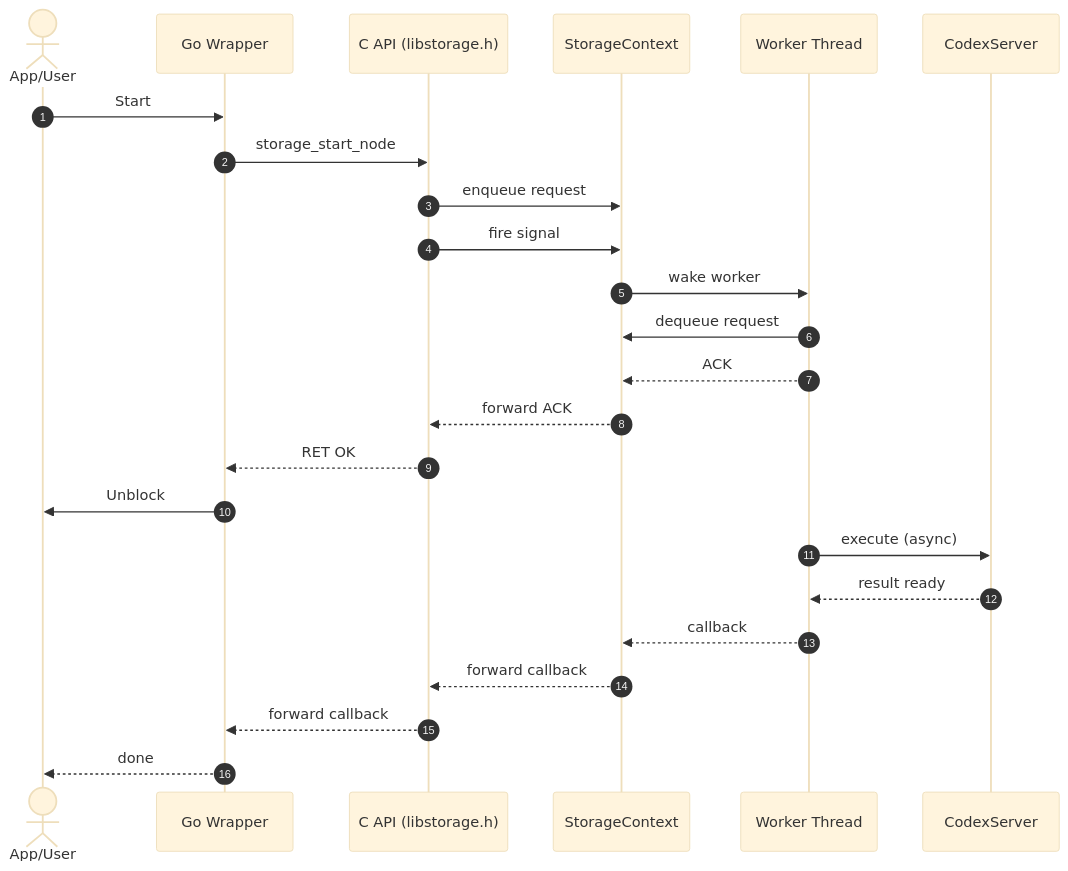
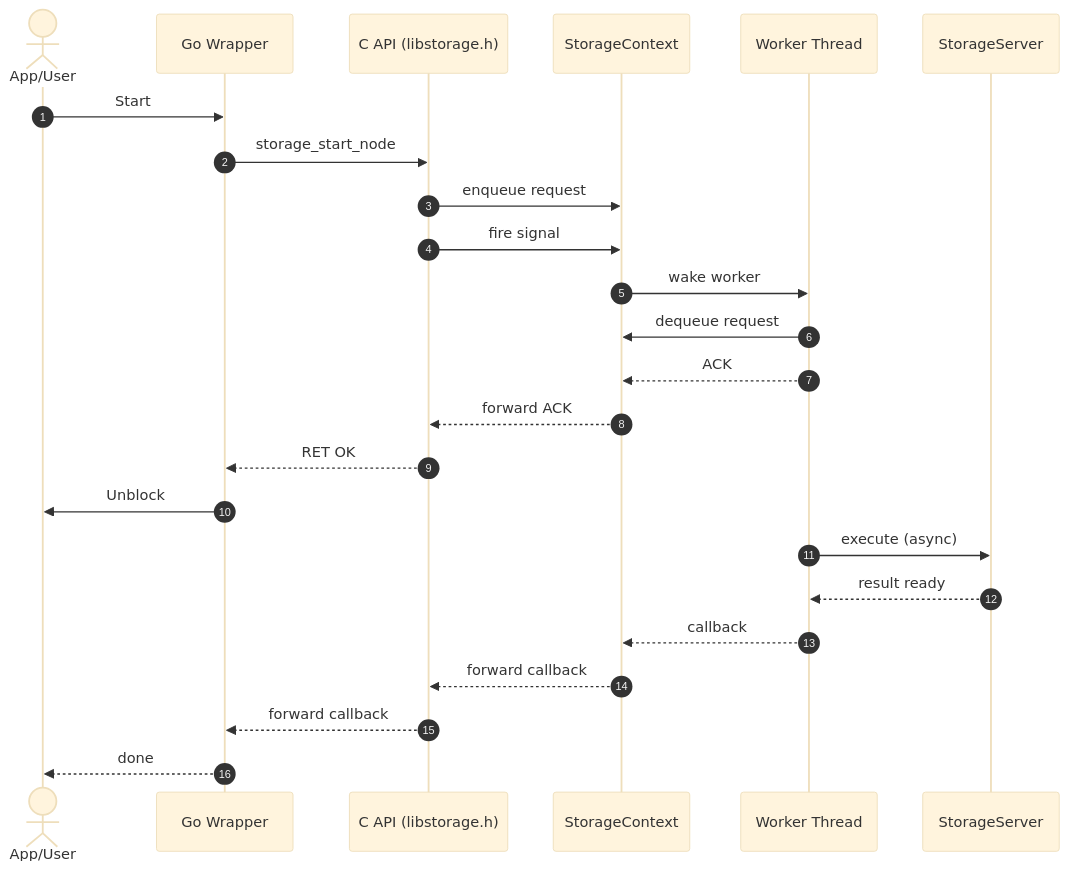
One commit to codex-storage/nim-codex changed the diagram in library/README.md. Above: the diagram before and after it, drawn with Mermaid (base theme). The commit also changed 5 other files, not shown here.

````diff
--- a/library/README.md
+++ b/library/README.md
@@ -11,27 +11,27 @@
 ```mermaid
 sequenceDiagram
     autonumber
     actor App as App/User
     participant Go as Go Wrapper
     participant C as C API (libstorage.h)
     participant Ctx as StorageContext
     participant Thr as Worker Thread
-    participant Eng as CodexServer
+    participant Eng as StorageServer
 
     App->>Go: Start
     Go->>C: storage_start_node
     C->>Ctx: enqueue request
     C->>Ctx: fire signal
     Ctx->>Thr: wake worker
     Thr->>Ctx: dequeue request
     Thr-->>Ctx: ACK
     Ctx-->>C: forward ACK
     C-->>Go: RET OK 
     Go->>App: Unblock
     Thr->>Eng: execute (async)
     Eng-->>Thr: result ready
     Thr-->>Ctx: callback
     Ctx-->>C: forward callback
     C-->>Go: forward callback
     Go-->>App: done
 ```
````
